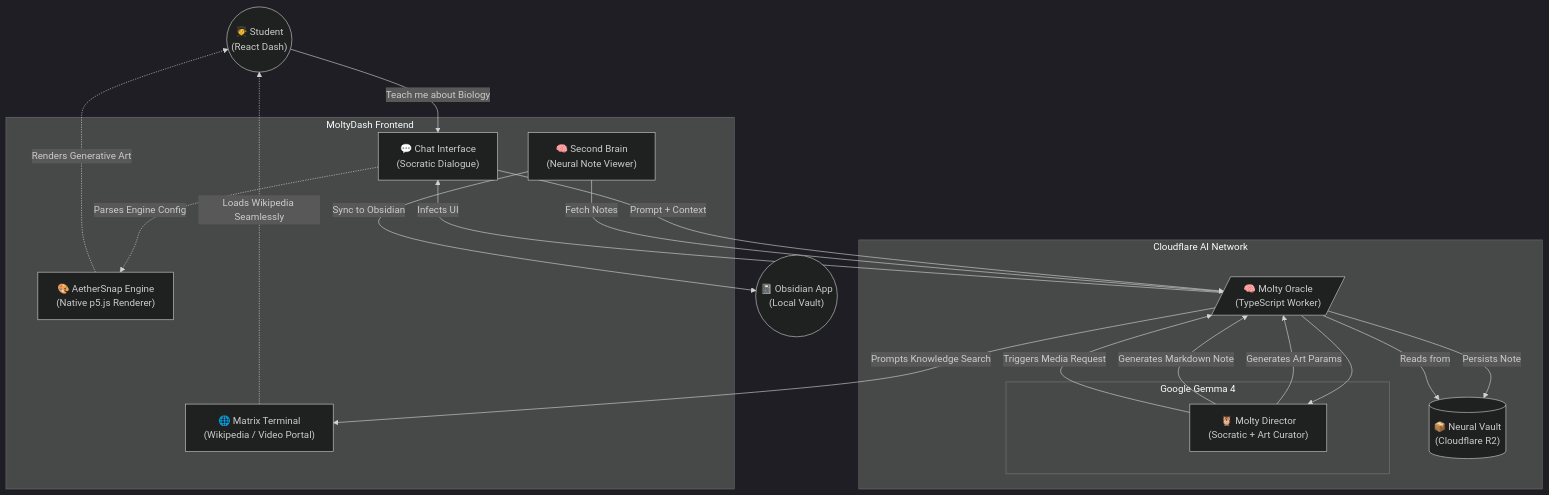
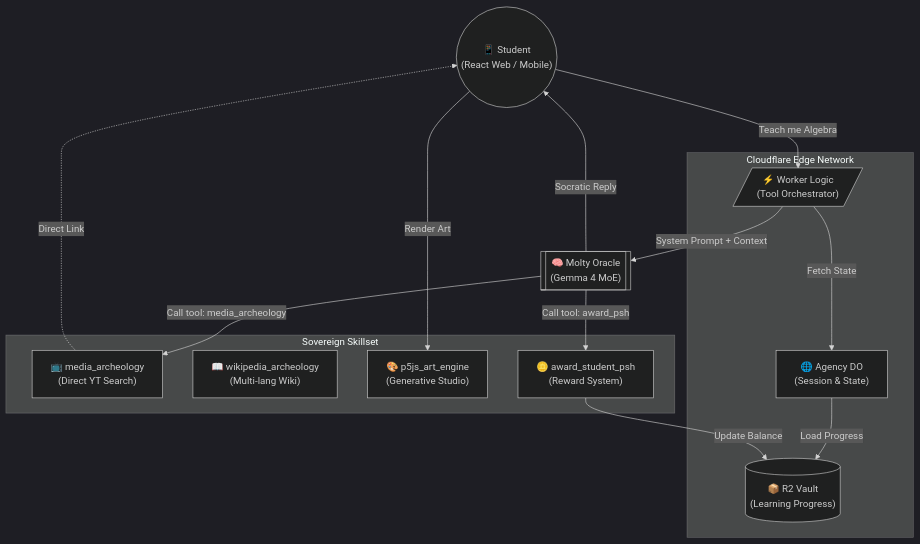
Before and after one commit to miladyxx333-lab/moltys: the diagram in README.md, drawn with Mermaid (dark theme). The commit also changed other lines of this file and 11 other files, not shown here.

Commit message:
Stabilize multilingual tools, add Psh reward sync, and implement Art Engine code viewer

````diff
--- a/README.md
+++ b/README.md
@@ -22,46 +19,36 @@
 ```mermaid
 graph TD
     %% Entities
-    Student(("🧑‍🎓 Student\n(React Dash)"))
-    Obsidian(("📓 Obsidian App\n(Local Vault)"))
+    Student(("📱 Student\n(React Web / Mobile)"))
+    Oracle[["🧠 Molty Oracle\n(Gemma 4 MoE)"]]
 
     %% Core Systems
-    subgraph Cloudflare Edge [Cloudflare AI Network]
-        MoltyCore[/"🧠 Molty Oracle\n(TypeScript Worker)"/]
-        R2Storage[("📦 Neural Vault\n(Cloudflare R2)")]
-        
-        subgraph Google Gemma 4
-            AgentTutor["🦉 Molty Director\n(Socratic + Art Curator)"]
-        end
+    subgraph Cloudflare_Infra [Cloudflare Edge Network]
+        Gateway["🌐 Agency DO\n(Session & State)"]
+        Vault[("📦 R2 Vault\n(Learning Progress)")]
+        Logic[/"⚡ Worker Logic\n(Tool Orchestrator)"/]
     end
 
-    %% Dashboard Infrastructure
-    subgraph Immersive Dashboard [MoltyDash Frontend]
-        ChatUI["💬 Chat Interface\n(Socratic Dialogue)"]
-        AetherSnap["🎨 AetherSnap Engine\n(Native p5.js Renderer)"]
-        MatrixTerm["🌐 Matrix Terminal\n(Wikipedia / Video Portal)"]
-        VaultUI["🧠 Second Brain\n(Neural Note Viewer)"]
+    %% Tools
+    subgraph Tool_Palette [Sovereign Skillset]
+        ToolYT["📺 media_archeology\n(Direct YT Search)"]
+        ToolWiki["📖 wikipedia_archeology\n(Multi-lang Wiki)"]
+        ToolArt["🎨 p5js_art_engine\n(Generative Studio)"]
+        ToolPsh["🪙 award_student_psh\n(Reward System)"]
     end
 
     %% Edges
-    Student -- "Teach me about Biology" --> ChatUI
-    ChatUI -- "Prompt + Context" --> MoltyCore
-    MoltyCore --> AgentTutor
+    Student -- "Teach me Algebra" --> Logic
+    Logic -- "Fetch State" --> Gateway
+    Gateway -- "Load Progress" --> Vault
     
-    AgentTutor -- "Generates Art Params" --> MoltyCore
-    MoltyCore -- "Infects UI" --> ChatUI
+    Logic -- "System Prompt + Context" --> Oracle
+    Oracle -- "Call tool: award_psh" --> ToolPsh
+    Oracle -- "Call tool: media_archeology" --> ToolYT
     
-    ChatUI -. "Parses Engine Config" .-> AetherSnap
-    AetherSnap -. "Renders Generative Art" .-> Student
+    ToolYT -. "Direct Link" .-> Student
+    ToolPsh -- "Update Balance" --> Vault
+    Oracle -- "Socratic Reply" --> Student
     
-    %% Obsidian Flow
-    AgentTutor -- "Generates Markdown Note" --> MoltyCore
-    MoltyCore -- "Persists Note" --> R2Storage
-    VaultUI -- "Fetch Notes" --> MoltyCore
-    MoltyCore -- "Reads from" --> R2Storage
-    VaultUI -- "Sync to Obsidian" --> Obsidian
-    
-    AgentTutor -- "Triggers Media Request" --> MoltyCore
-    MoltyCore -- "Prompts Knowledge Search" --> MatrixTerm
-    MatrixTerm -. "Loads Wikipedia Seamlessly" .-> Student
+    Student -- "Render Art" --> ToolArt
 ```
````
